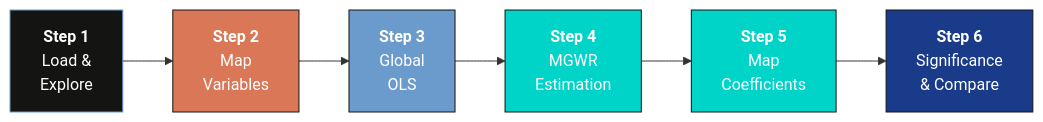
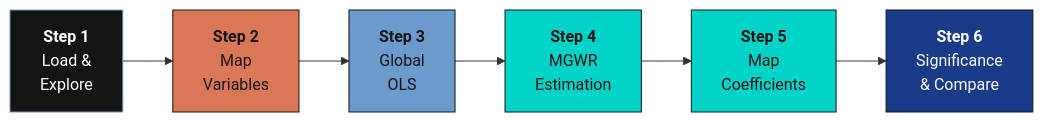
Before and after one commit to cmg777/starter-academic-v501: the diagram in content/post/python_mgwr/index.md, drawn with Mermaid. The commit also changed 67 other files, not shown here.

First line of the commit message:
fix(mermaid): readable diagram text in both themes across the site

````diff
--- a/content/post/python_mgwr/index.md
+++ b/content/post/python_mgwr/index.md
@@ -217,15 +217,15 @@
 ```mermaid
 graph LR
     A["<b>Step 1</b><br/>Load &<br/>Explore"] --> B["<b>Step 2</b><br/>Map<br/>Variables"]
     B --> C["<b>Step 3</b><br/>Global<br/>OLS"]
     C --> D["<b>Step 4</b><br/>MGWR<br/>Estimation"]
     D --> E["<b>Step 5</b><br/>Map<br/>Coefficients"]
     E --> F["<b>Step 6</b><br/>Significance<br/>& Compare"]
 
     style A fill:#141413,stroke:#6a9bcc,color:#fff
-    style B fill:#d97757,stroke:#141413,color:#fff
-    style C fill:#6a9bcc,stroke:#141413,color:#fff
-    style D fill:#00d4c8,stroke:#141413,color:#fff
-    style E fill:#00d4c8,stroke:#141413,color:#fff
+    style B fill:#d97757,stroke:#141413,color:#141413
+    style C fill:#6a9bcc,stroke:#141413,color:#141413
+    style D fill:#00d4c8,stroke:#141413,color:#141413
+    style E fill:#00d4c8,stroke:#141413,color:#141413
     style F fill:#1a3a8a,stroke:#141413,color:#fff
 ```
````
